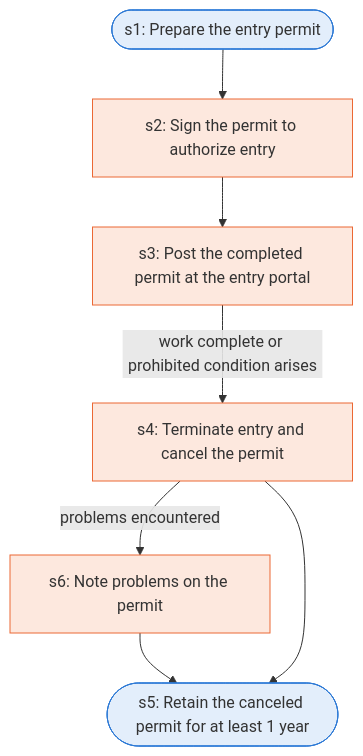
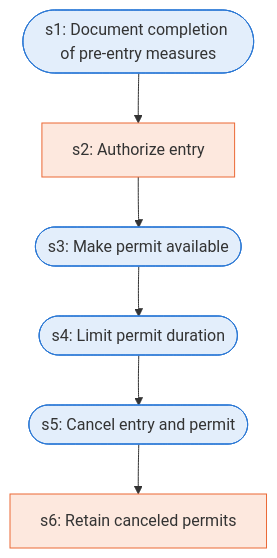
Before and after one commit to Jitesh-Mishra/sop-to-agent-workflows: the diagram in docs/runbooks/osha_confined_space_permit.md, drawn with Mermaid. The commit also changed other lines of this file and 172 other files, not shown here.

````diff
--- a/docs/runbooks/osha_confined_space_permit.md
+++ b/docs/runbooks/osha_confined_space_permit.md
@@ -7,19 +7,18 @@
 ```mermaid
 flowchart TD
-  s1(["s1: Prepare the entry permit"])
-  s2["s2: Sign the permit to authorize entry"]
-  s3["s3: Post the completed permit at the entry portal"]
-  s4["s4: Terminate entry and cancel the permit"]
-  s5(["s5: Retain the canceled permit for at least 1 year"])
-  s6["s6: Note problems on the permit"]
+  s1(["s1: Document completion of pre-entry measures"])
+  s2["s2: Authorize entry"]
+  s3(["s3: Make permit available"])
+  s4(["s4: Limit permit duration"])
+  s5(["s5: Cancel entry and permit"])
+  s6["s6: Retain canceled permits"]
   s1 --> s2
   s2 --> s3
-  s3 -->|work complete or prohibited condition arises| s4
-  s4 -->|problems encountered| s6
-  s6 --> s5
+  s3 --> s4
   s4 --> s5
+  s5 --> s6
   classDef agent fill:#e3eefb,stroke:#2a78d6
   classDef human fill:#fde8de,stroke:#eb6834
-  class s1,s5 agent
-  class s2,s3,s4,s6 human
+  class s1,s3,s4,s5 agent
+  class s2,s6 human
 ```
````
